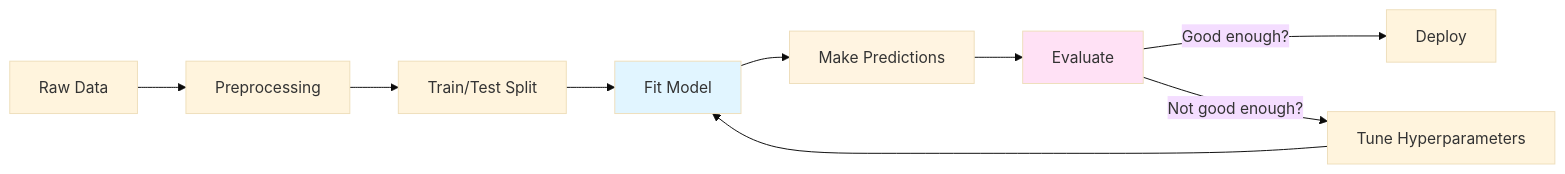
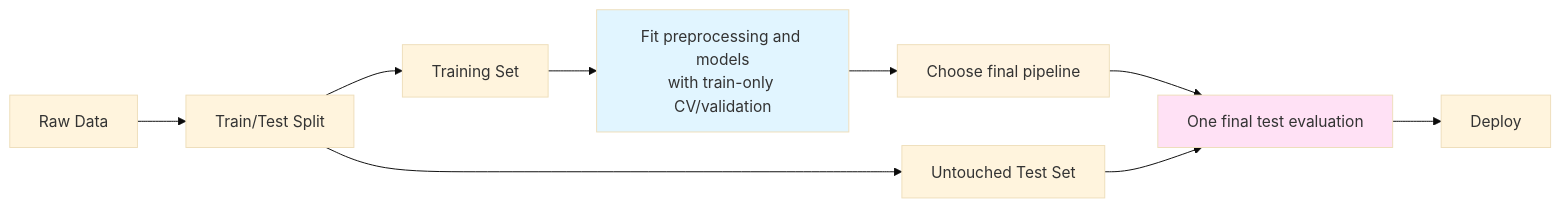
The second of 3 diagrams in 10/README.md (christopherseaman/datasci_217), drawn with Mermaid (base theme) before and after one commit. The commit also changed other lines of this file and 11 other files, not shown here.

````diff
--- a/10/README.md
+++ b/10/README.md
@@ -470,15 +484,15 @@
 ```mermaid
 flowchart LR
-    A[Raw Data] --> B[Preprocessing]
-    B --> C[Train/Test Split]
-    C --> D[Fit Model]
-    D --> E[Make Predictions]
-    E --> F[Evaluate]
-    F -->|Good enough?| G[Deploy]
-    F -->|Not good enough?| H[Tune Hyperparameters]
-    H --> D
+    A[Raw Data] --> B[Train/Test Split]
+    B --> C[Training Set]
+    B --> D[Untouched Test Set]
+    C --> E[Fit preprocessing and models<br/>with train-only CV/validation]
+    E --> F[Choose final pipeline]
+    F --> G[One final test evaluation]
+    D --> G
+    G --> H[Deploy]
     
-    style D fill:#e1f5ff
-    style E fill:#fff4e1
-    style F fill:#ffe1f5
+    style E fill:#e1f5ff
+    style F fill:#fff4e1
+    style G fill:#ffe1f5
 ```
````
